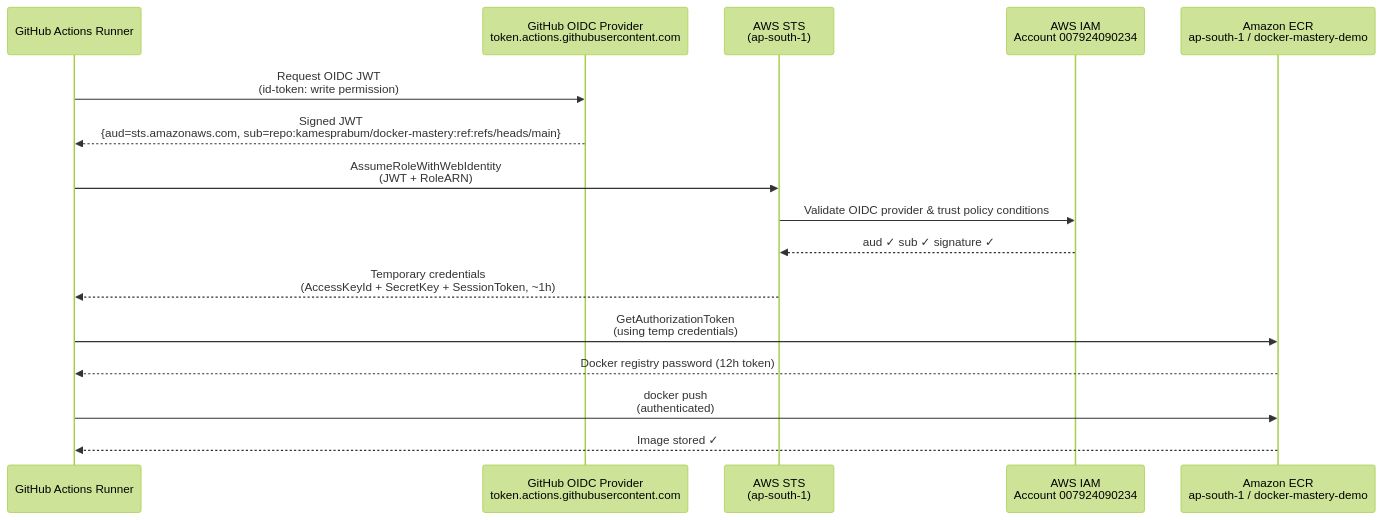
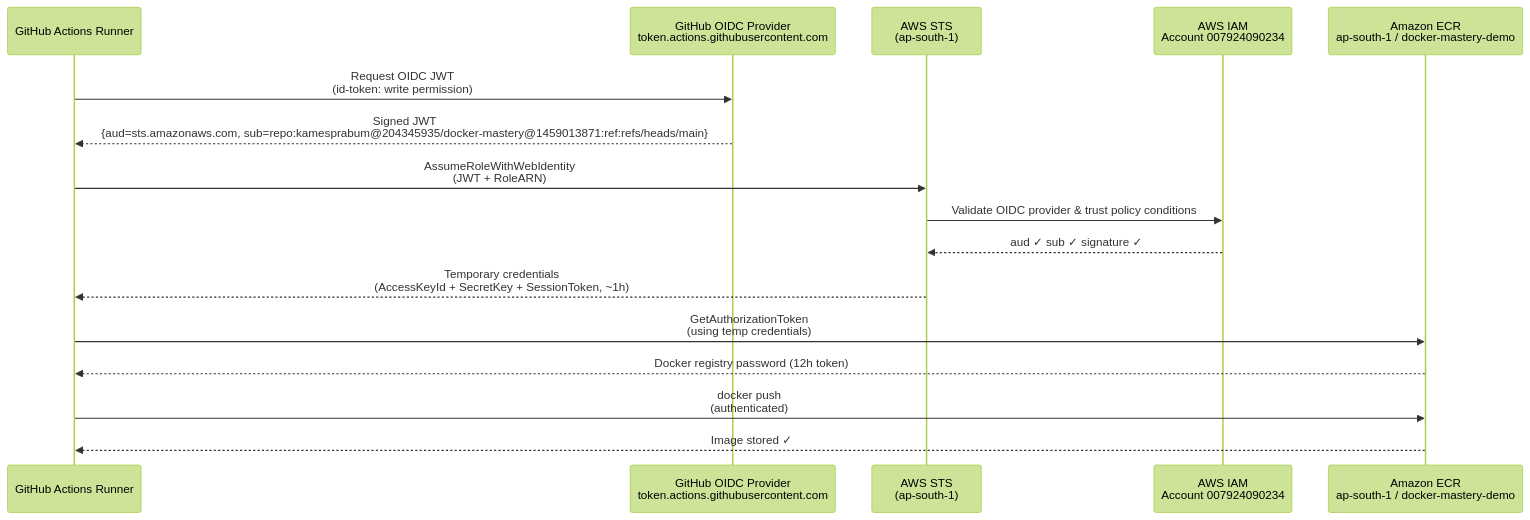
Before and after one commit to kamesprabum/docker-mastery: the first of 2 diagrams in OIDC-AWS-SETUP.md, drawn with Mermaid (forest theme). The commit also changed other lines of this file and 2 other files, not shown here.

````diff
--- a/OIDC-AWS-SETUP.md
+++ b/OIDC-AWS-SETUP.md
@@ -300,22 +300,22 @@
 ```mermaid
 sequenceDiagram
     participant GH as GitHub Actions Runner
     participant GHOIDC as GitHub OIDC Provider<br/>token.actions.githubusercontent.com
     participant STS as AWS STS<br/>(ap-south-1)
     participant IAM as AWS IAM<br/>Account 007924090234
     participant ECR as Amazon ECR<br/>ap-south-1 / docker-mastery-demo
 
     GH->>GHOIDC: Request OIDC JWT<br/>(id-token: write permission)
-    GHOIDC-->>GH: Signed JWT<br/>{aud=sts.amazonaws.com, sub=repo:kamesprabum/docker-mastery:ref:refs/heads/main}
+    GHOIDC-->>GH: Signed JWT<br/>{aud=sts.amazonaws.com, sub=repo:kamesprabum@204345935/docker-mastery@1459013871:ref:refs/heads/main}
 
     GH->>STS: AssumeRoleWithWebIdentity<br/>(JWT + RoleARN)
     STS->>IAM: Validate OIDC provider & trust policy conditions
     IAM-->>STS: aud ✓  sub ✓  signature ✓
     STS-->>GH: Temporary credentials<br/>(AccessKeyId + SecretKey + SessionToken, ~1h)
 
     GH->>ECR: GetAuthorizationToken<br/>(using temp credentials)
     ECR-->>GH: Docker registry password (12h token)
 
     GH->>ECR: docker push<br/>(authenticated)
     ECR-->>GH: Image stored ✓
 ```
````
